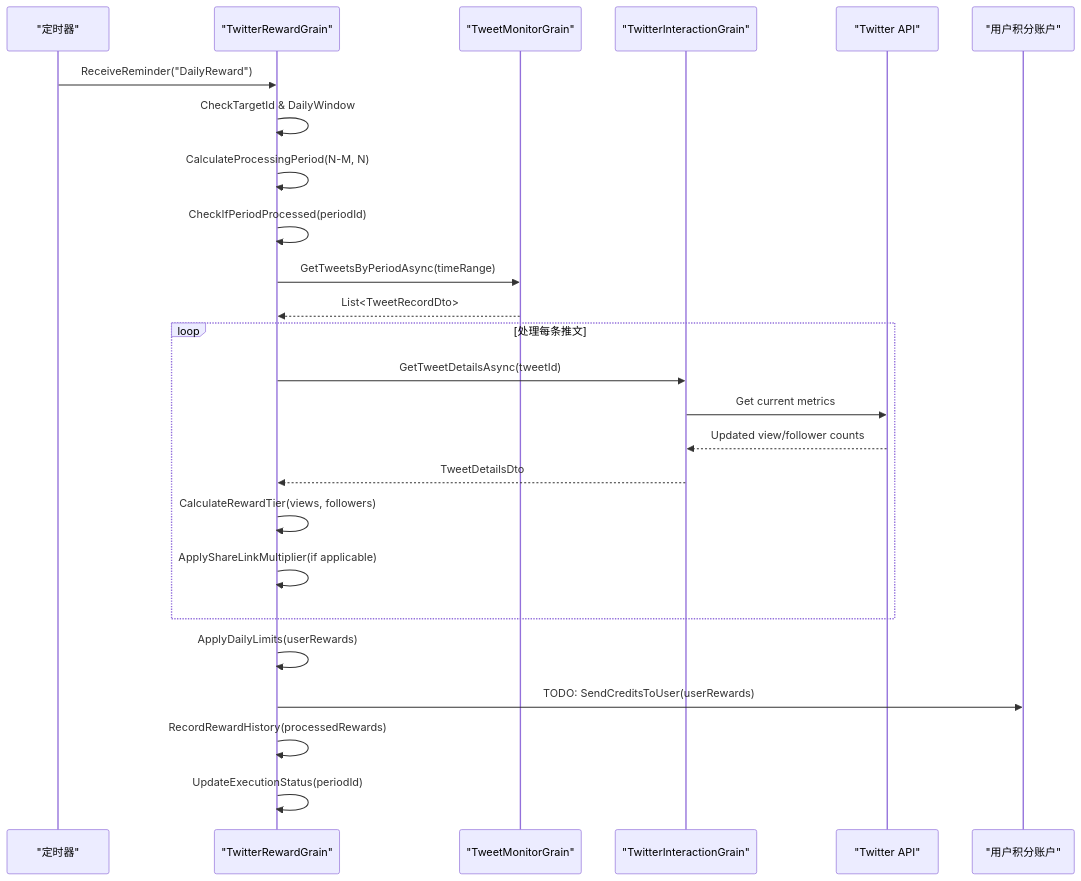
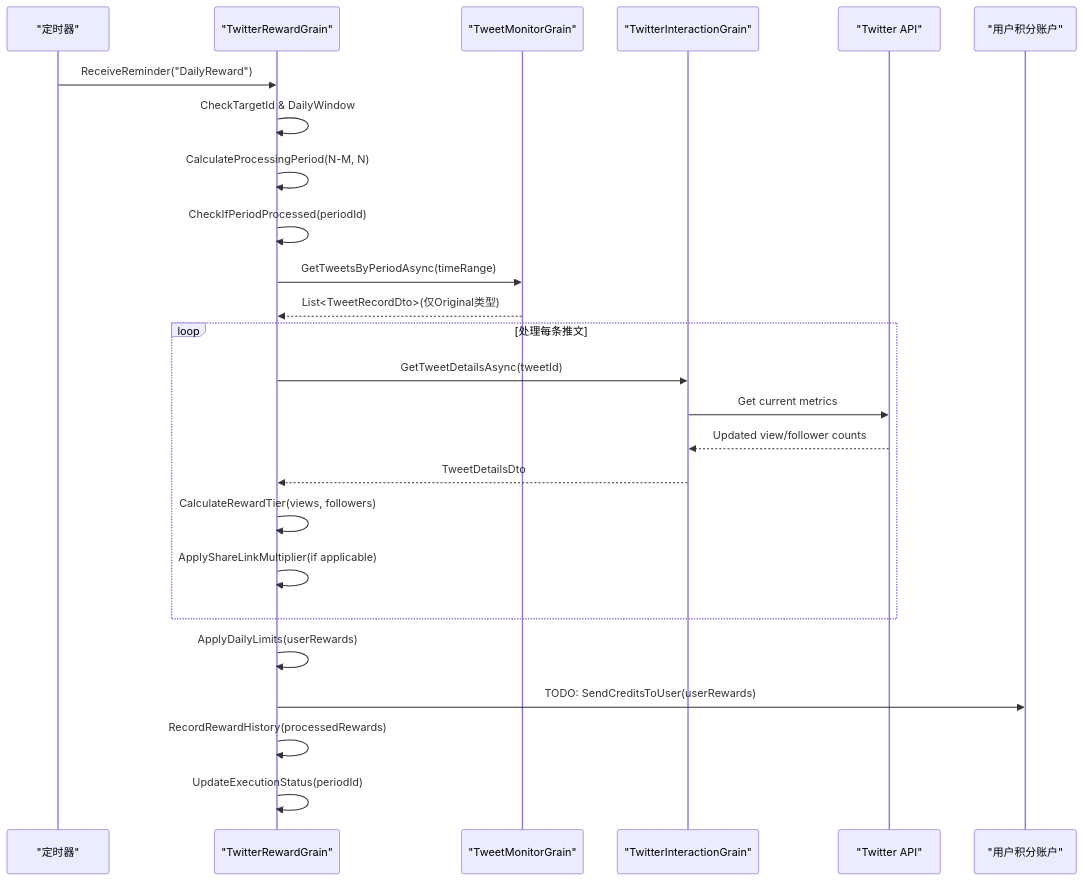
The second of 5 diagrams in docs/requirements/req-003-twitter-credits-reward.md (aevatarAI/godgpt), drawn with Mermaid before and after one commit. The commit also changed other lines of this file, not shown here.

Commit message:
Emphasize Original tweet type requirement for reward eligibility - exclude Reply/Retweet/Quote tweets

````diff
--- a/docs/requirements/req-003-twitter-credits-reward.md
+++ b/docs/requirements/req-003-twitter-credits-reward.md
@@ -529,30 +542,30 @@
 ```mermaid
 sequenceDiagram
     participant Timer as "定时器"
     participant TRG as "TwitterRewardGrain"
     participant TMG as "TweetMonitorGrain"
     participant TIG as "TwitterInteractionGrain"
     participant API as "Twitter API"
     participant UserAccount as "用户积分账户"
 
     Timer->>TRG: ReceiveReminder("DailyReward")
     TRG->>TRG: CheckTargetId & DailyWindow
     TRG->>TRG: CalculateProcessingPeriod(N-M, N)
-    TRG->>TRG: CheckIfPeriodProcessed(periodId)
-    TRG->>TMG: GetTweetsByPeriodAsync(timeRange)
-    TMG-->>TRG: List<TweetRecordDto>
+         TRG->>TRG: CheckIfPeriodProcessed(periodId)
+     TRG->>TMG: GetTweetsByPeriodAsync(timeRange)
+     TMG-->>TRG: List<TweetRecordDto>(仅Original类型)
     
     loop 处理每条推文
         TRG->>TIG: GetTweetDetailsAsync(tweetId)
         TIG->>API: Get current metrics
         API-->>TIG: Updated view/follower counts
         TIG-->>TRG: TweetDetailsDto
         TRG->>TRG: CalculateRewardTier(views, followers)
         TRG->>TRG: ApplyShareLinkMultiplier(if applicable)
     end
     
     TRG->>TRG: ApplyDailyLimits(userRewards)
     TRG->>UserAccount: TODO: SendCreditsToUser(userRewards)
     TRG->>TRG: RecordRewardHistory(processedRewards)
     TRG->>TRG: UpdateExecutionStatus(periodId)
 ```
````
